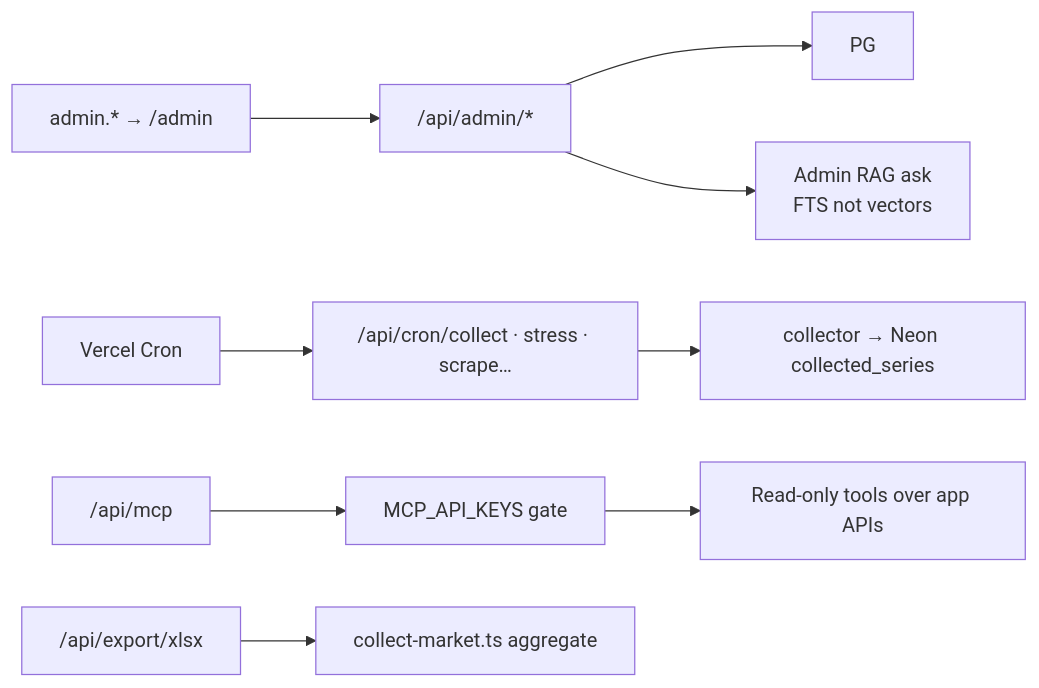
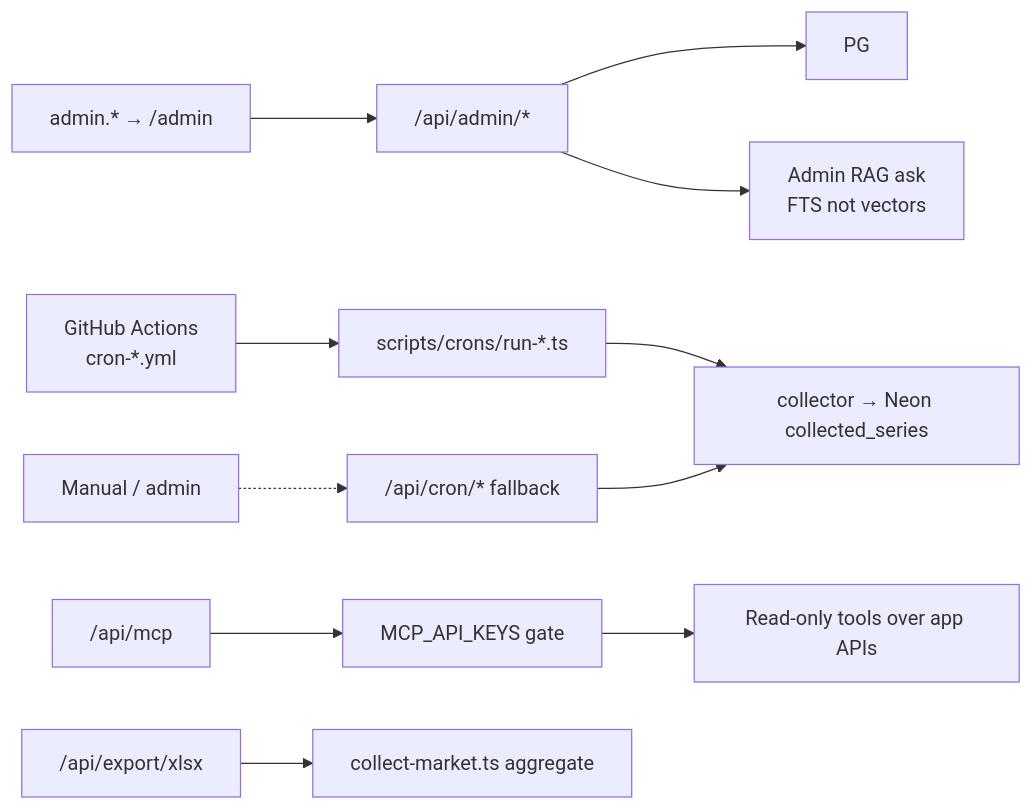
Before and after one commit to debmukdm-jioinstitute/MARKET-INTELLIGENCE: the eighth of 8 diagrams in README.md, drawn with Mermaid. The commit also changed other lines of this file, not shown here.

First line of the commit message:
Refresh README end-to-end architecture for Alpha League and GitHub crons.

````diff
--- a/README.md
+++ b/README.md
@@ -310,11 +329,13 @@
 ```mermaid
 flowchart LR
   AD["admin.* → /admin"] --> APIA["/api/admin/*"]
-  CR["Vercel Cron"] --> CRON["/api/cron/collect · stress · scrape…"]
-  CRON --> COL[collector → Neon collected_series]
+  GH["GitHub Actions<br/>cron-*.yml"] --> RUN["scripts/crons/run-*.ts"]
+  RUN --> COL[collector → Neon collected_series]
+  CR["Manual / admin"] -.-> CRON["/api/cron/* fallback"]
+  CRON --> COL
   APIA --> PG
   APIA --> RAGA[Admin RAG ask<br/>FTS not vectors]
   MCP["/api/mcp"] --> KEY[MCP_API_KEYS gate]
   KEY --> READ[Read-only tools over app APIs]
   EXP["/api/export/xlsx"] --> COLL[collect-market.ts aggregate]
 ```
````
